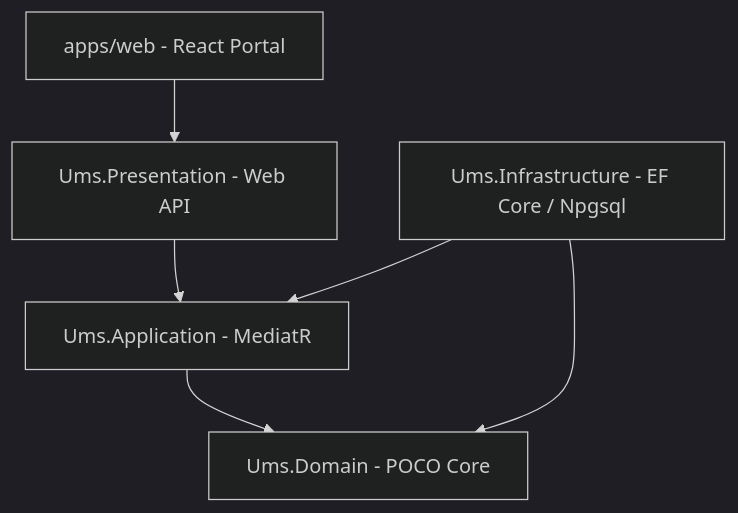
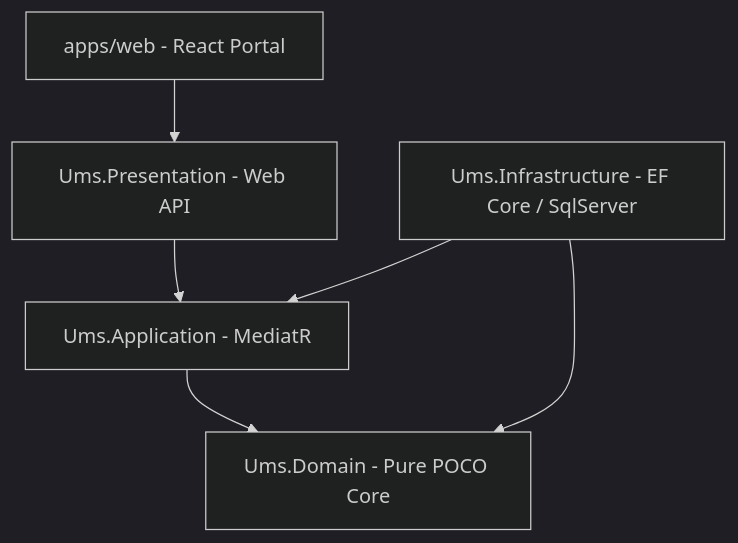
The diagram in architecture/blueprints/dotnet-migration-and-tech-stack-plan.md (beyondnetcode/ums), drawn with Mermaid (dark theme) before and after one commit. The commit also changed other lines of this file and 8 other files, not shown here.

````diff
--- a/architecture/blueprints/dotnet-migration-and-tech-stack-plan.md
+++ b/architecture/blueprints/dotnet-migration-and-tech-stack-plan.md
@@ -28,8 +28,8 @@
 ```mermaid
 graph TD
     Web[apps/web - React Portal] --> Pres[Ums.Presentation - Web API]
     Pres --> App[Ums.Application - MediatR]
-    App --> Dom[Ums.Domain - POCO Core]
-    Infra[Ums.Infrastructure - EF Core / Npgsql] --> Dom
+    App --> Dom[Ums.Domain - Pure POCO Core]
+    Infra[Ums.Infrastructure - EF Core / SqlServer] --> Dom
     Infra --> App
 ```
````
